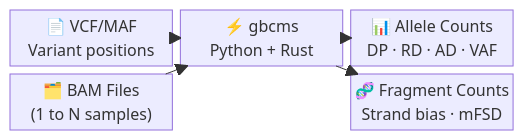
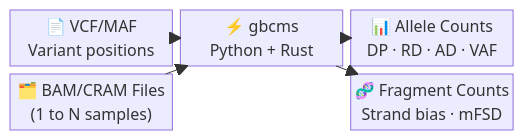
Before and after one commit to msk-access/gbcms: the first of 2 diagrams in docs/index.md, drawn with Mermaid. The commit also changed other lines of this file and 27 other files, not shown here.

````diff
--- a/docs/index.md
+++ b/docs/index.md
@@ -13,15 +13,15 @@
 ```mermaid
 block-beta
     columns 3
     VCF["📄 VCF/MAF\nVariant positions"]:1
     Engine["⚡ gbcms\nPython + Rust"]:1
     Counts["📊 Allele Counts\nDP · RD · AD · VAF"]:1
-    BAM["🗂️ BAM Files\n(1 to N samples)"]:1
+    BAM["🗂️ BAM/CRAM Files\n(1 to N samples)"]:1
     space:1
     Metrics["🧬 Fragment Counts\nStrand bias · mFSD"]:1
 
     VCF --> Engine
     BAM --> Engine
     Engine --> Counts
     Engine --> Metrics
 ```
````
